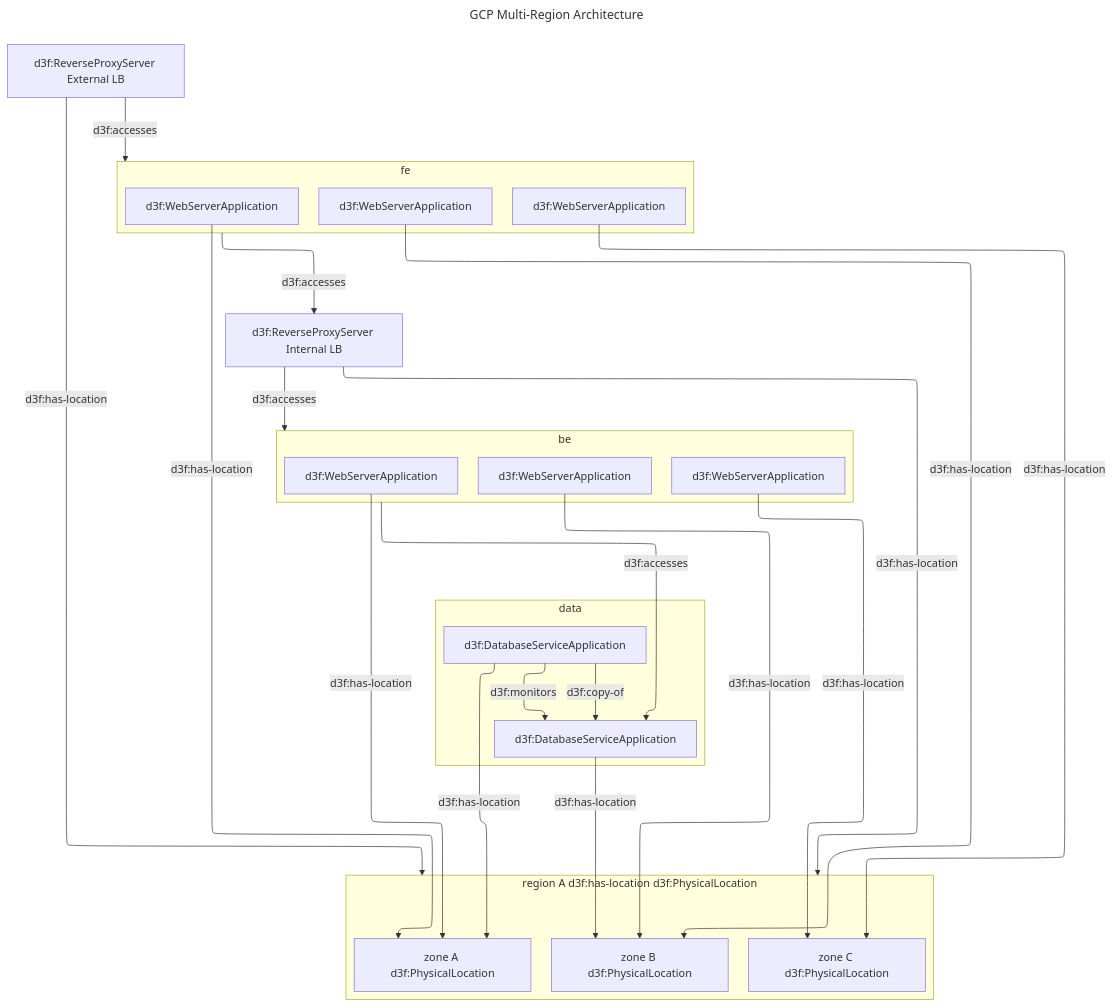
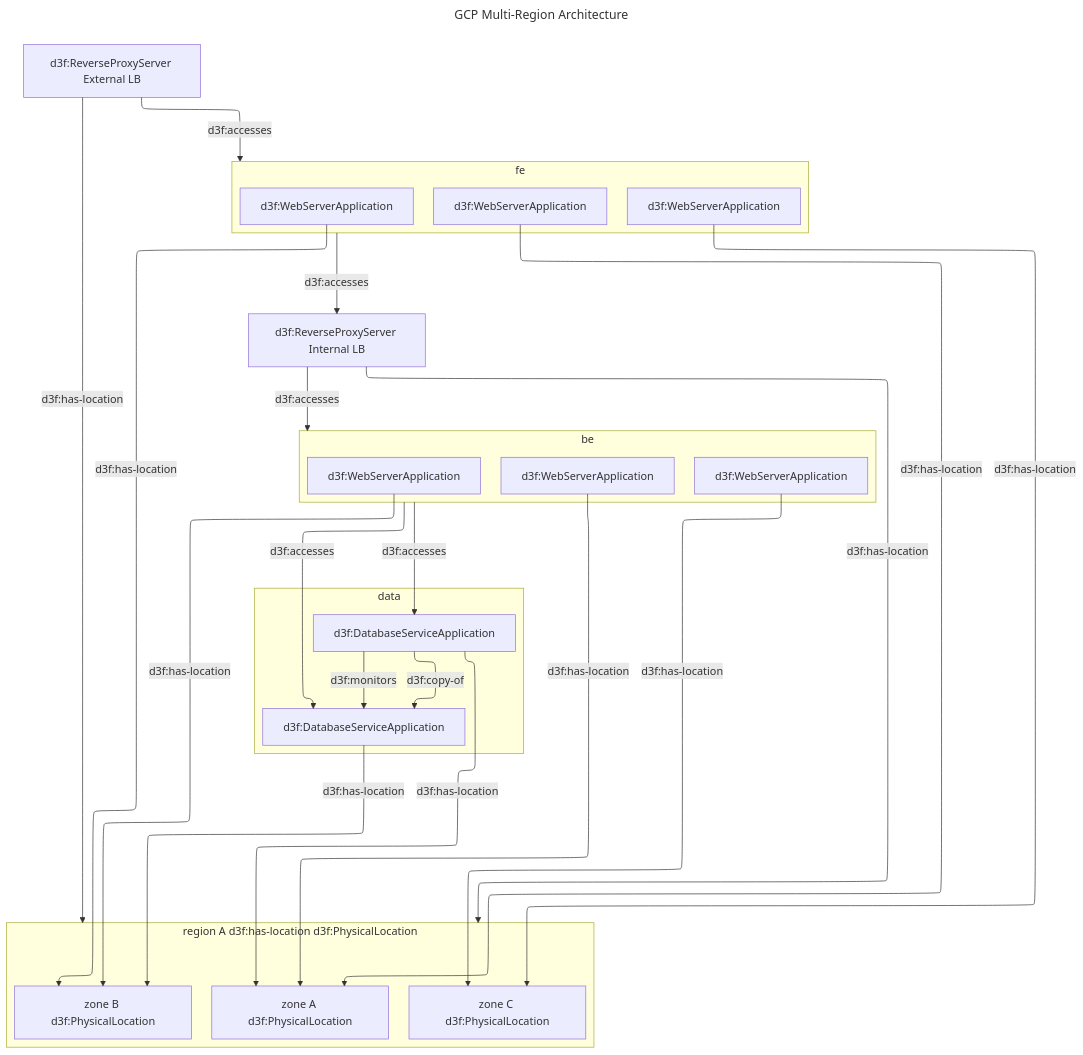
One commit to ioggstream/d3sign changed the second of 3 diagrams in docs/external/gcp/gcp-multi-region.md. Above: the diagram before and after it, drawn with Mermaid. The commit also changed other lines of this file and 8 other files, not shown here.

````diff
--- a/docs/external/gcp/gcp-multi-region.md
+++ b/docs/external/gcp/gcp-multi-region.md
@@ -21,65 +20,67 @@
 ```mermaid
 ---
 title: GCP Multi-Region Architecture
 kind: template
 id: Region
 root: region
 config:
   layout: elk
 ---
 graph
 
 
 subgraph region[region A d3f:has-location d3f:PhysicalLocation]
-zone-a[zone A d3f:PhysicalLocation]
-zone-b[zone B d3f:PhysicalLocation]
-zone-c[zone C d3f:PhysicalLocation]
+  zone-a[zone A d3f:PhysicalLocation]
+  zone-b[zone B d3f:PhysicalLocation]
+  zone-c[zone C d3f:PhysicalLocation]
 end
 
 elb & ilb -->|d3f:has-location| region
 
 elb[d3f:ReverseProxyServer External LB]
 
 elb -->|d3f:accesses| fe
 
 
 %% :idea:
 %% d3f:Artifact -->|d3f:whatever| subgraph
 %% means d3f:Artifact d3f:whatever ....
 %% evaluate this pattern with examples.
 %% problems may arise with subgraphs, but
 %% simplifies representations.
 subgraph fe
   fe-a[d3f:WebServerApplication]
   fe-b[d3f:WebServerApplication]
   fe-c[d3f:WebServerApplication]
 end
 
 
 fe-a & be-a -->|d3f:has-location| zone-a
 fe-b & be-b -->|d3f:has-location| zone-b
 fe-c & be-c -->|d3f:has-location| zone-c
 
 ilb[d3f:ReverseProxyServer Internal LB]
 
 subgraph be
   be-a[d3f:WebServerApplication]
   be-b[d3f:WebServerApplication]
   be-c[d3f:WebServerApplication]
 end
 
 fe -->|d3f:accesses| ilb
 ilb -->|d3f:accesses| be
 
-be -->|d3f:accesses| db
 db[d3f:DatabaseServiceApplication]
+
+%% Can't fan-out n x m relationships directly to avoid polluting the diagram.
+be -->|d3f:accesses| db & db-standby
 
 subgraph data
   db-standby[d3f:DatabaseServiceApplication]
 
   db-standby -->|d3f:copy-of| db
   db-standby -->|d3f:monitors| db
   db-standby -->|d3f:has-location| zone-a
   db -->|d3f:has-location| zone-b
 end
 ```
````
